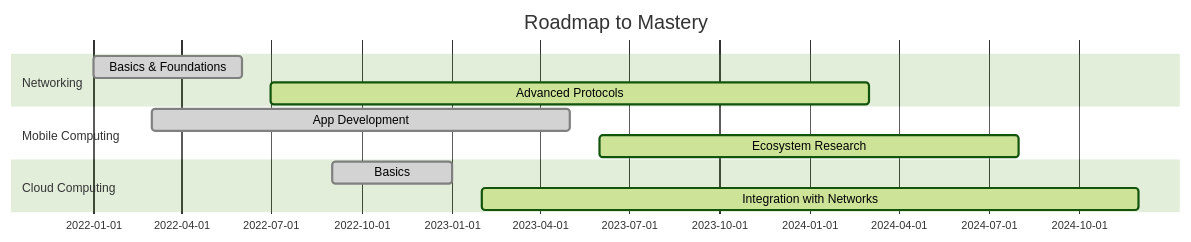
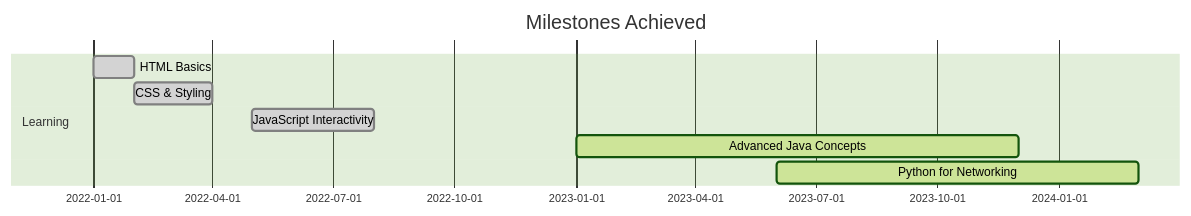
One commit to Amaya-Wickramaarachchi/Amaya-Wickramaarachchi changed the second of 2 diagrams in README.md. Above: the diagram before and after it, drawn with Mermaid (forest theme). The commit also changed other lines of this file, not shown here.

````diff
--- a/README.md
+++ b/README.md
@@ -40,14 +46,11 @@
 ```mermaid
 gantt
-    title Roadmap to Mastery
+    title Milestones Achieved
     dateFormat  YYYY-MM
-    section Networking
-    Basics & Foundations        :done,    n1, 2022-01, 2022-06
-    Advanced Protocols          :active,  n2, 2022-07, 2024-03
-    section Mobile Computing
-    App Development             :done,    m1, 2022-03, 2023-05
-    Ecosystem Research          :active,  m2, 2023-06, 2024-08
-    section Cloud Computing
-    Basics                      :done,    c1, 2022-09, 2023-01
-    Integration with Networks   :active,  c2, 2023-02, 2024-12
+    section Learning
+    HTML Basics              :done,  h1, 2022-01, 2022-02
+    CSS & Styling            :done,  h2, 2022-02, 2022-04
+    JavaScript Interactivity :done,  j1, 2022-05, 2022-08
+    Advanced Java Concepts   :active, j2, 2023-01, 2023-12
+    Python for Networking    :active, p1, 2023-06, 2024-03
 ```
````
